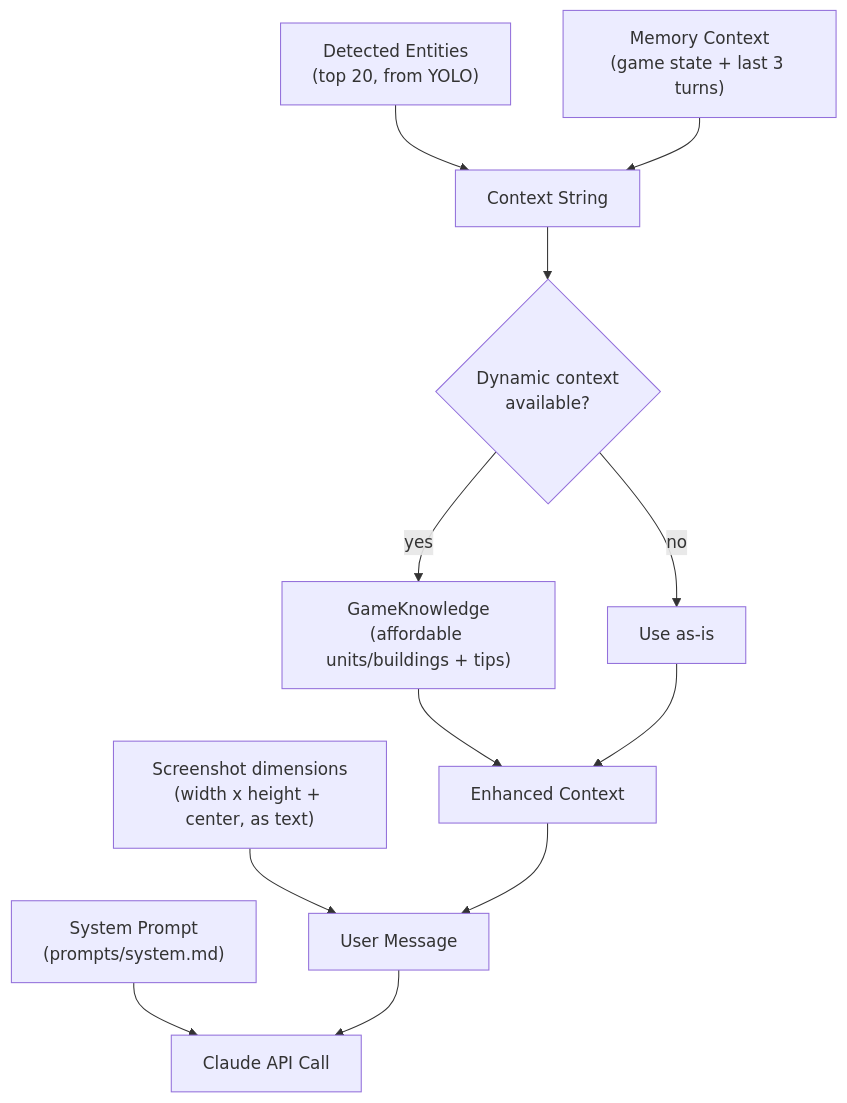
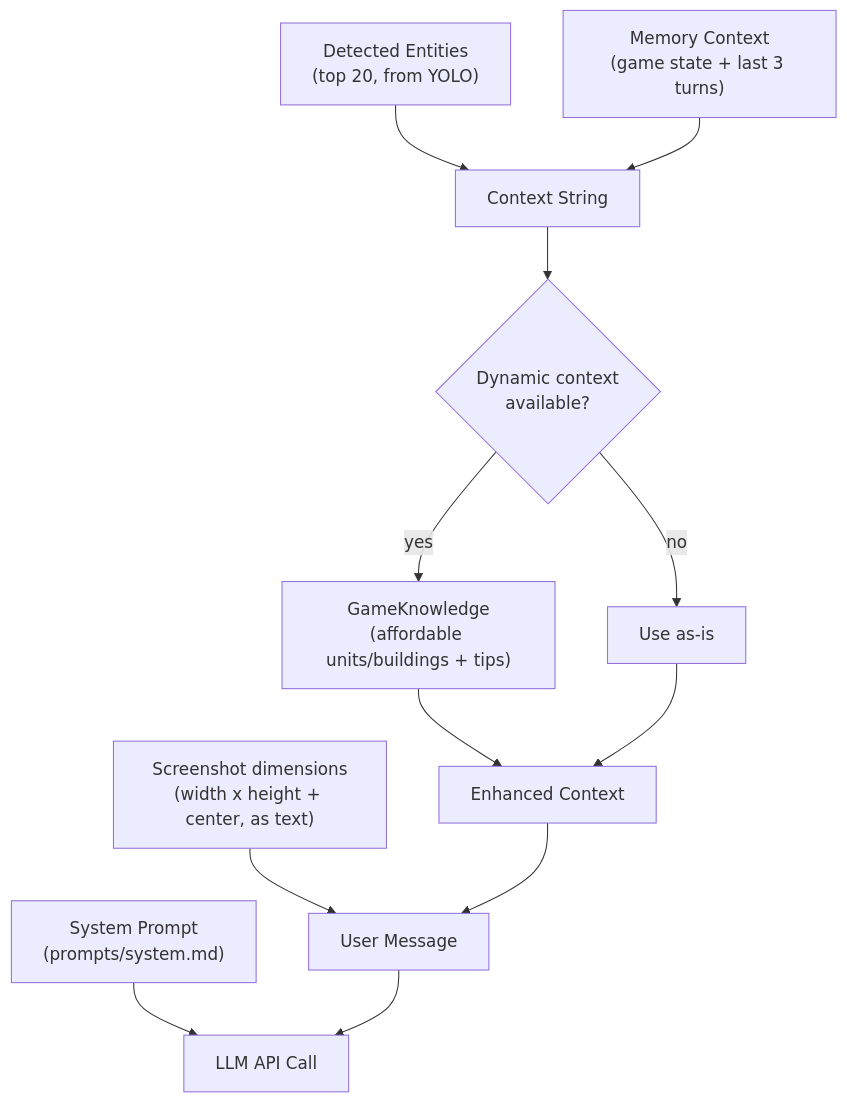
One commit to dobosmarton/aoe2-agent changed the diagram in docs/part2-llm-integration/06-context-injection.md. Above: the diagram before and after it, drawn with Mermaid. The commit also changed 76 other files, not shown here.

````diff
--- a/docs/part2-llm-integration/06-context-injection.md
+++ b/docs/part2-llm-integration/06-context-injection.md
@@ -13,14 +13,14 @@
 ```mermaid
 flowchart TD
     DET["Detected Entities<br/>(top 20, from YOLO)"] --> CTX["Context String"]
     MEM["Memory Context<br/>(game state + last 3 turns)"] --> CTX
     CTX --> ENHANCE{"Dynamic context<br/>available?"}
     ENHANCE -->|yes| DYN["GameKnowledge<br/>(affordable units/buildings + tips)"]
     ENHANCE -->|no| SKIP["Use as-is"]
     DYN --> FINAL["Enhanced Context"]
     SKIP --> FINAL
     DIM["Screenshot dimensions<br/>(width x height + center, as text)"] --> MSG["User Message"]
     FINAL --> MSG
-    SYS["System Prompt<br/>(prompts/system.md)"] --> API["Claude API Call"]
+    SYS["System Prompt<br/>(prompts/system.md)"] --> API["LLM API Call"]
     MSG --> API
 ```
````
